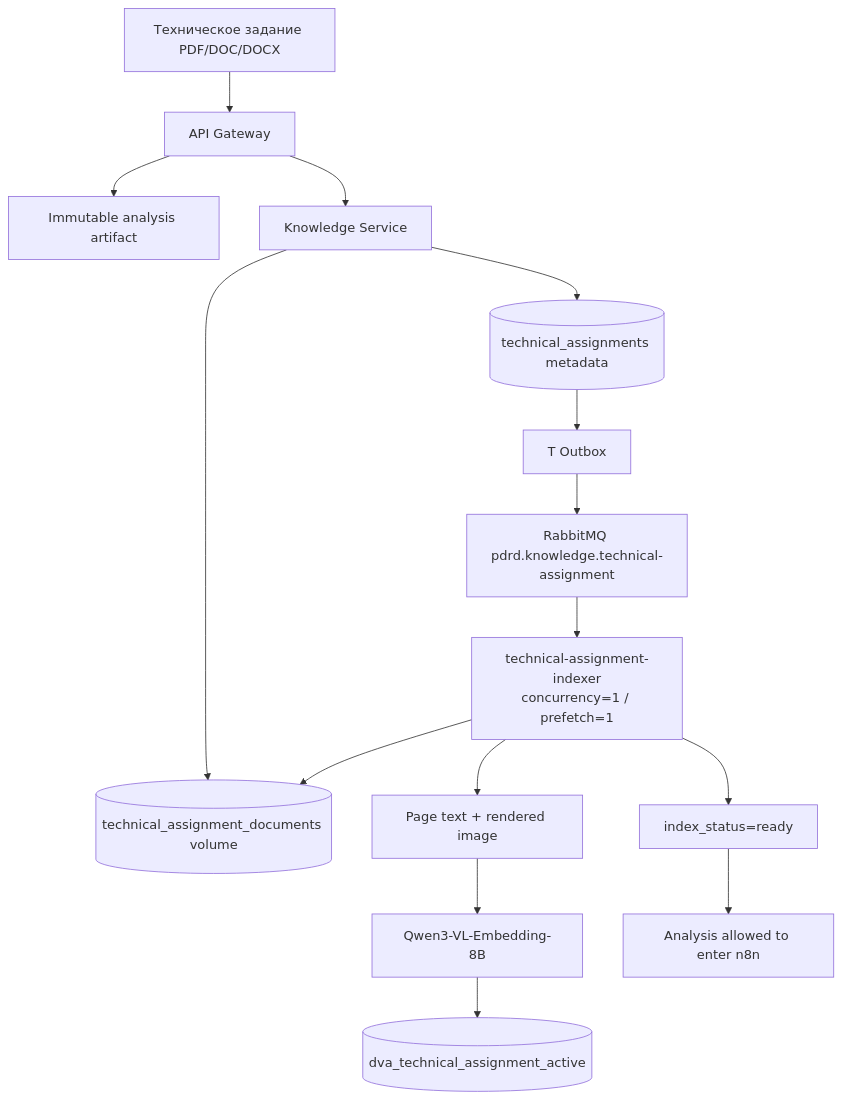
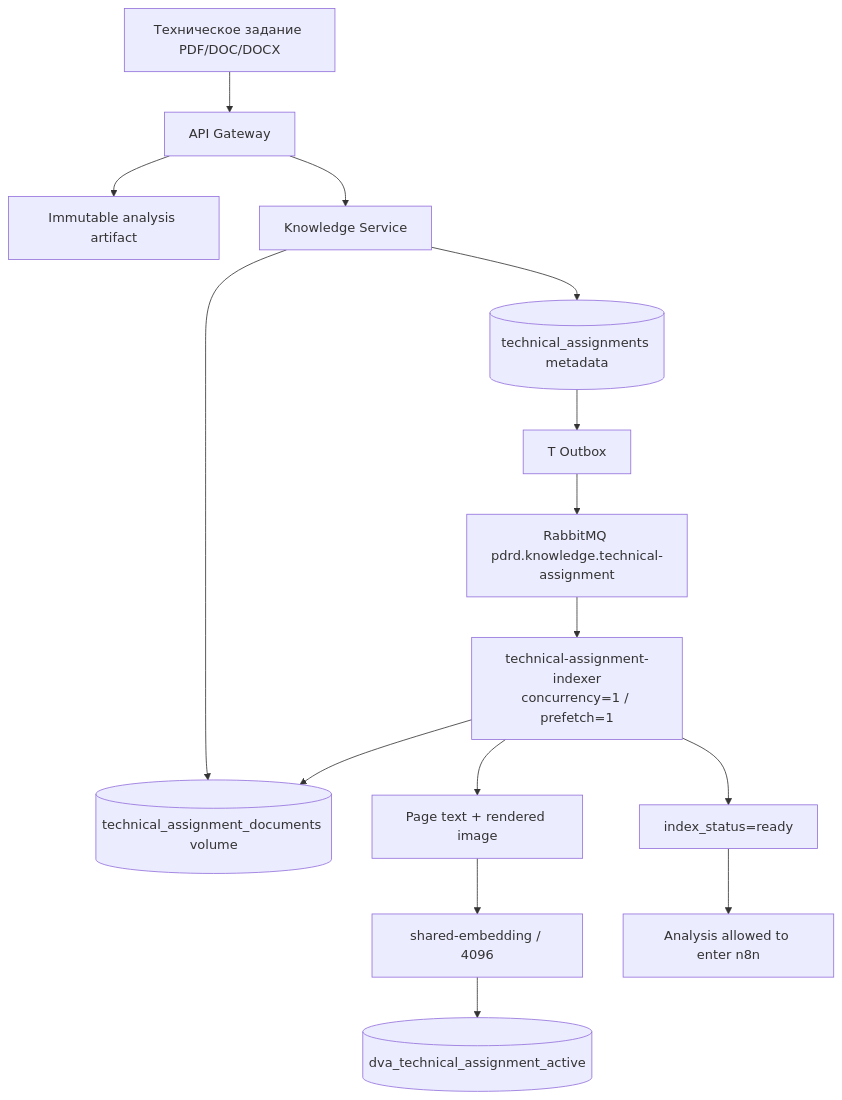
Before and after one commit to Amadu-A/PDRD-validation: the third of 34 diagrams in README.md, drawn with Mermaid. The commit also changed other lines of this file and 57 other files, not shown here.

````diff
--- a/README.md
+++ b/README.md
@@ -217,20 +221,20 @@
 ```mermaid
 flowchart TD
     TFILE["Техническое задание PDF/DOC/DOCX"] --> GW["API Gateway"]
     GW --> ART["Immutable analysis artifact"]
     GW --> KS["Knowledge Service"]
 
     KS --> TPG[("technical_assignments metadata")]
     KS --> TSTORE[("technical_assignment_documents volume")]
     TPG --> TO["T Outbox"]
     TO --> RMQ["RabbitMQ pdrd.knowledge.technical-assignment"]
     RMQ --> TW["technical-assignment-indexer\nconcurrency=1 / prefetch=1"]
 
     TW --> TSTORE
     TW --> PAGE["Page text + rendered image"]
-    PAGE --> EMB["Qwen3-VL-Embedding-8B"]
+    PAGE --> EMB["shared-embedding / 4096"]
     EMB --> TQ[("dva_technical_assignment_active")]
     TW --> READY["index_status=ready"]
 
     READY --> ANALYSIS["Analysis allowed to enter n8n"]
 ```
````
